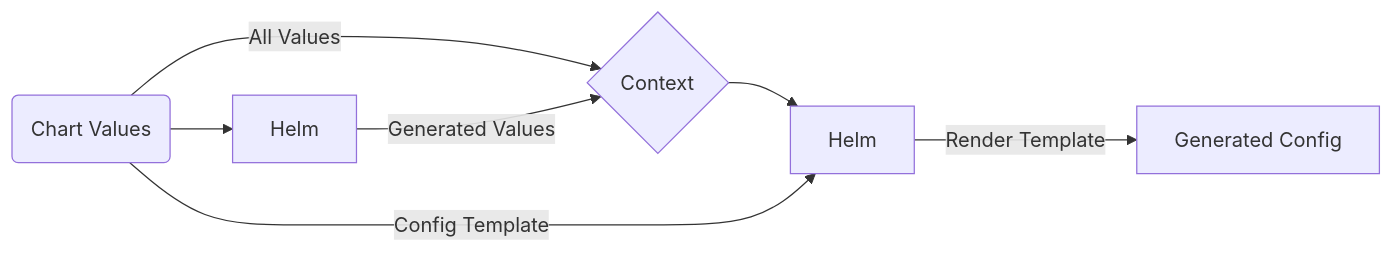
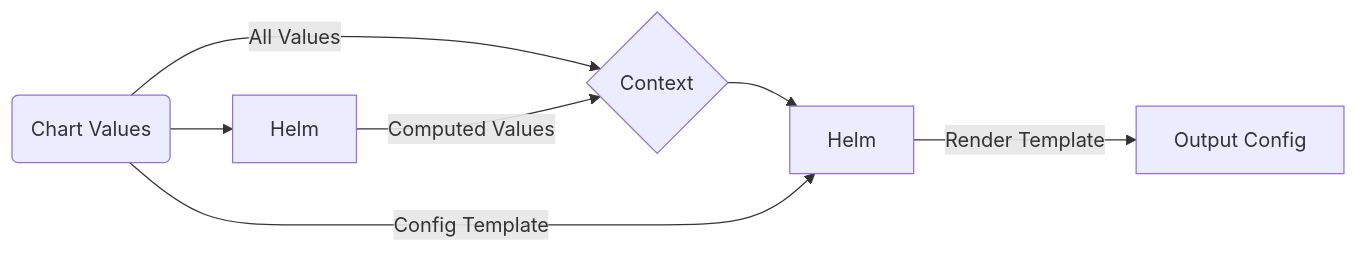
One commit to graphops/launchpad-charts changed the diagram in charts/proxyd/README.md. Above: the diagram before and after it, drawn with Mermaid. The commit also changed 1 other file, not shown here.

Commit message:
chore(proxyd): language alignment

````diff
--- a/charts/proxyd/README.md
+++ b/charts/proxyd/README.md
@@ -93,9 +93,9 @@
 ```mermaid
 graph LR
     a(Chart Values) -->|All Values| b{Context}
     a --> c[Helm]
-    c -->|Generated Values| b
+    c -->|Computed Values| b
     b --> d[Helm]
     a -->|Config Template| d
-    d -->|Render Template| e[Generated Config]
+    d -->|Render Template| e[Output Config]
 ```
````
